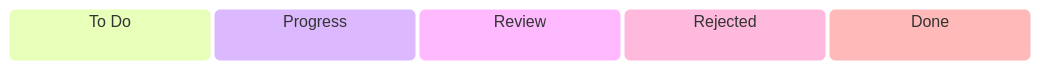
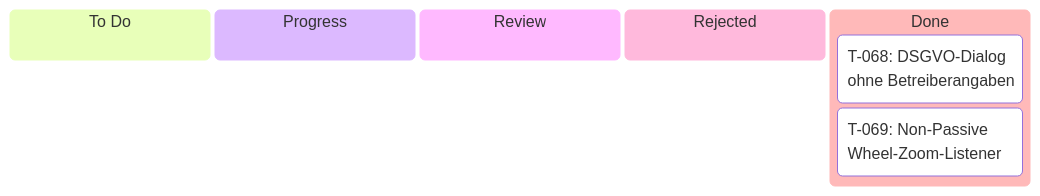
One commit to AFE-GmdG/logic-circuit-web changed the diagram in docs/scrum-board.md. Above: the diagram before and after it, drawn with Mermaid. The commit also changed other lines of this file and 9 other files, not shown here.

Commit message:
US-024: DSGVO-Dialog für GitHub Pages & Non-Passive Wheel-Zoom-Fix

````diff
--- a/docs/scrum-board.md
+++ b/docs/scrum-board.md
@@ -12,8 +12,10 @@
 ```mermaid
 kanban
   Todo[To Do]
   Progress[Progress]
   Review[Review]
   Rejected[Rejected]
   Done[Done]
+    T068[T-068: DSGVO-Dialog ohne Betreiberangaben]
+    T069[T-069: Non-Passive Wheel-Zoom-Listener]
 ```
````
